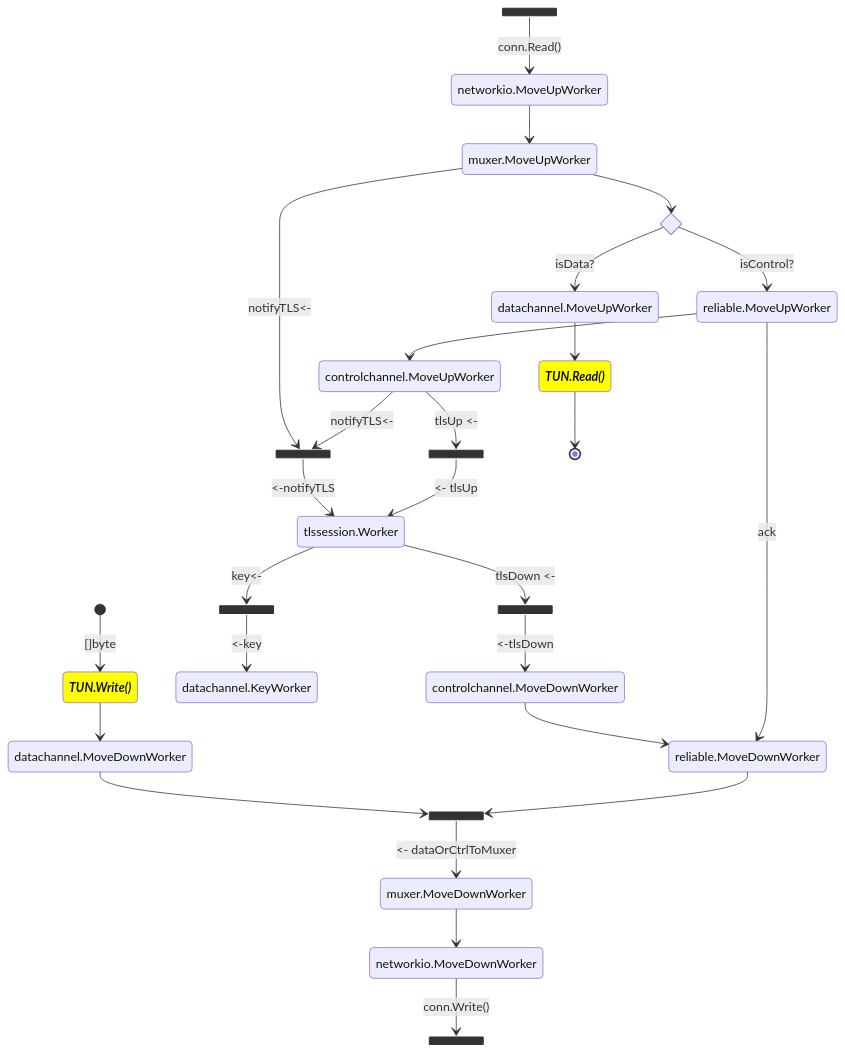
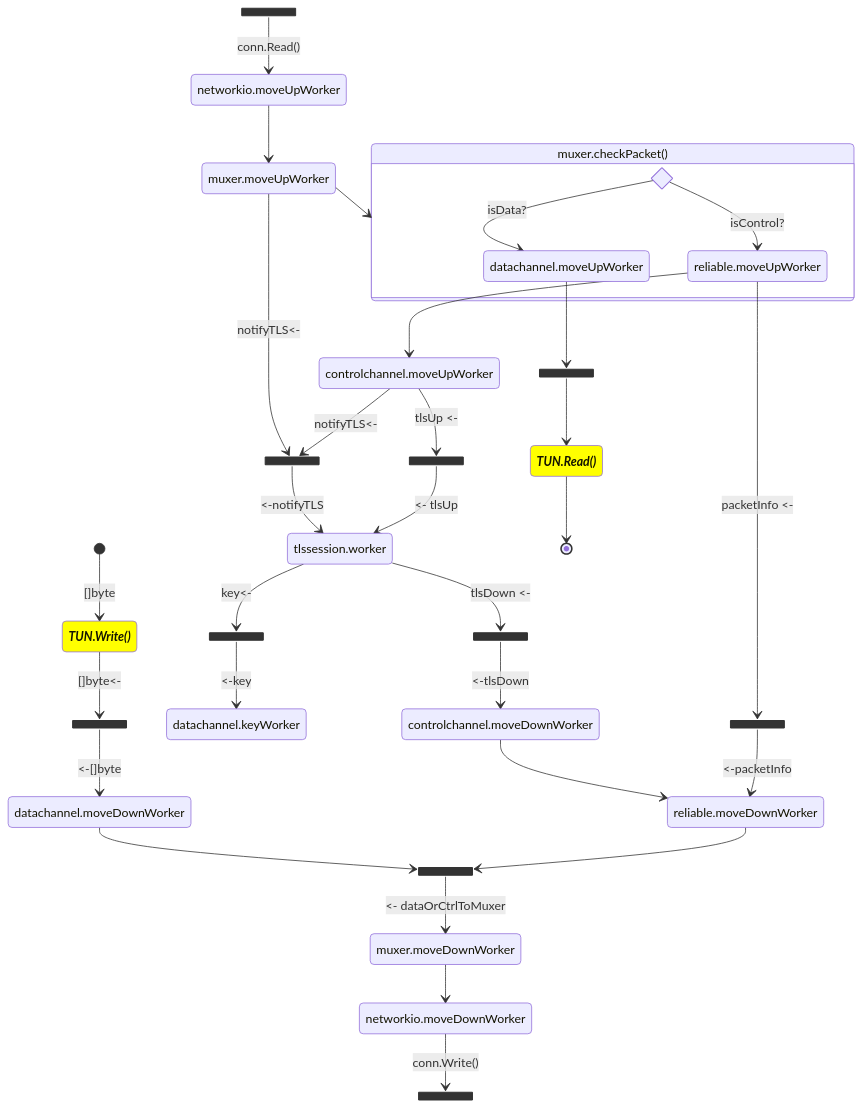
The diagram in ARCHITECTURE.md (ooni/minivpn), drawn with Mermaid before and after one commit. The commit also changed other lines of this file, not shown here.

Commit message:
improve diagram

````diff
--- a/ARCHITECTURE.md
+++ b/ARCHITECTURE.md
@@ -91,23 +105,27 @@
 
     state "TUN.Write()" as tundown
     state "TUN.Read()" as tunup
+    state tunDownCh <<join>>
+    state tunUpCh <<join>>
 
-    state "datachannel.MoveDownWorker" as datadown
-    state "datachannel.MoveUpWorker" as dataup
-    state "datachannel.KeyWorker" as datakey
+    state "datachannel.moveDownWorker" as datadown
+    state "datachannel.moveUpWorker" as dataup
+    state "datachannel.keyWorker" as datakey
 
-    state "muxer.MoveDownWorker" as muxerdown
-    state "muxer.MoveUpWorker" as muxerup
+    state "muxer.moveDownWorker" as muxerdown
+    state "muxer.moveUpWorker" as muxerup
 
-    state "reliable.MoveDownWorker" as reliabledown
-    state "reliable.MoveUpWorker" as reliableup
+    state "reliable.moveDownWorker" as reliabledown
+    state "reliable.moveUpWorker" as reliableup
 
-    state "networkio.MoveDownWorker" as networkdown
-    state "networkio.MoveUpWorker" as networkup
+
  
-    state "controlchannel.MoveDownWorker" as controldown
-    state "controlchannel.MoveUpWorker" as controlup
-    state "tlssession.Worker" as tls
+    state "controlchannel.moveDownWorker" as controldown
+    state "controlchannel.moveUpWorker" as controlup
+    state "tlssession.worker" as tls
+
+    state "networkio.moveDownWorker" as networkdown
+    state "networkio.moveUpWorker" as networkup
 
     state dataOrCtrlToMuxer <<join>>
     state tlsRecordUp <<join>>
@@ -119,9 +137,12 @@
     state internetout <<join>>
     state internetin <<join>>
 
+    # we begin with writes to the TUN interface
+    # (going down)
+
     [*] --> tundown : []byte
-    tundown:::tunrw --> datadown
-
+    tundown:::tunrw --> tunDownCh : []byte<-
+    tunDownCh --> datadown : <-[]byte
 
 
     datadown --> dataOrCtrlToMuxer
@@ -139,28 +160,37 @@
     tlsRecordDown --> controldown: <-tlsDown
     tls --> newkey: key<-
     newkey --> datakey: <-key
+    
+    muxerup --> muxer.checkPacket() 
 
+    # an extra boundary to force a nicer layout
+    state muxer.checkPacket() {
+        direction LR
+        state if_data <<choice>>
+        if_data --> reliableup: isControl?
+        if_data --> dataup: isData?
 
-    state if_data <<choice>>
-
-    muxerup --> if_data 
-
+    }
+    
     muxerup --> notifytls: notifyTLS<-
     controlup --> notifytls: notifyTLS<-
     notifytls --> tls: <-notifyTLS
 
     
-    if_data --> reliableup: isControl?
-    if_data --> dataup: isData?
+    reliableup --> controlup
 
-    
-    reliableup --> controlup
-    reliableup --> reliabledown: ack
+    state packetInfo <<join>>
+
+    reliableup --> packetInfo: packetInfo <-
+    packetInfo --> reliabledown: <-packetInfo
 
     controlup --> tlsRecordUp: tlsUp <-
     tlsRecordUp --> tls: <- tlsUp
 
     networkup --> muxerup
-    dataup --> tunup
+
+    # data to tun
+    dataup --> tunUpCh
+    tunUpCh --> tunup
     tunup:::tunrw --> [*]
 ```
````
